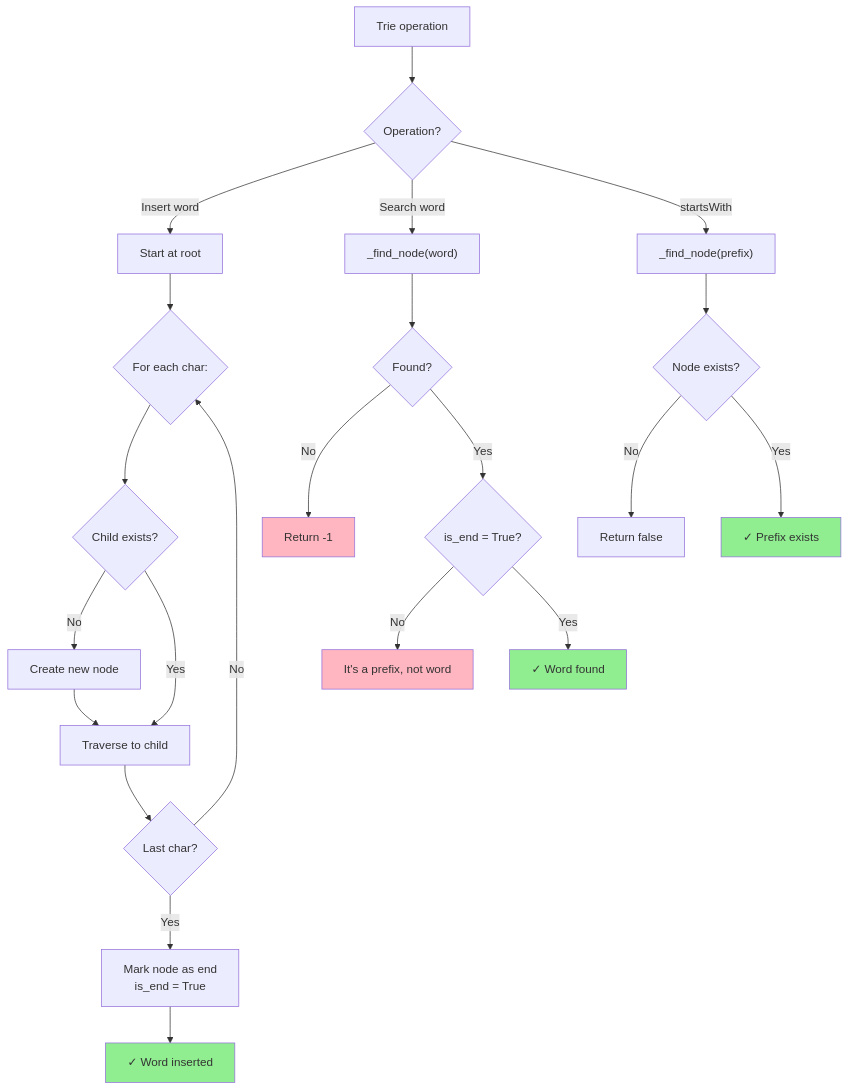
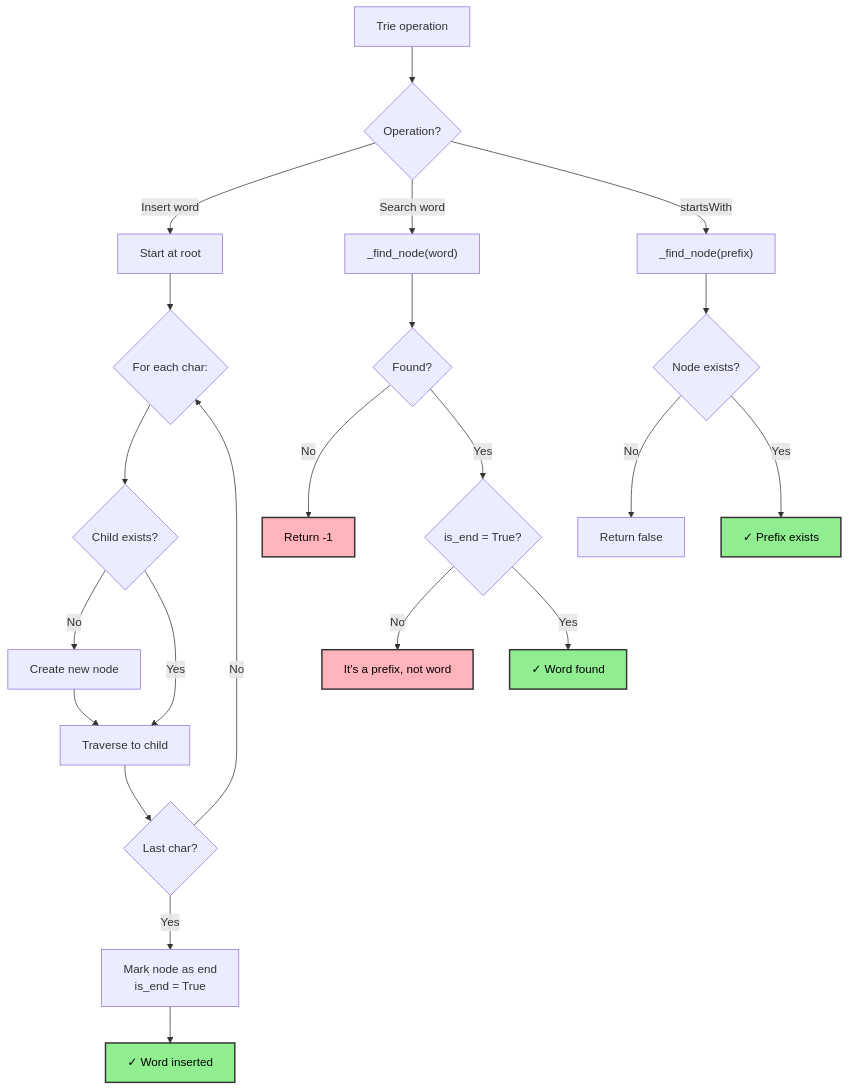
The second of 4 diagrams in docs/advanced/trie.md (souradeepta/interviewprep), drawn with Mermaid before and after one commit. The commit also changed other lines of this file and 31 other files, not shown here.

Commit message:
updated graphs

````diff
--- a/docs/advanced/trie.md
+++ b/docs/advanced/trie.md
@@ -47,33 +47,33 @@
 ```mermaid
 graph TD
     A["Trie operation"] --> B{"Operation?"}
     
     B -->|Insert word| C["Start at root"]
     C --> D{"For each char:"}
     D --> E{"Child exists?"}
     E -->|No| F["Create new node"]
     E -->|Yes| G["Traverse to child"]
     F --> G
     G --> H{"Last char?"}
     H -->|No| D
     H -->|Yes| I["Mark node as end<br/>is_end = True"]
     I --> J["✓ Word inserted"]
     
     B -->|Search word| K["_find_node(word)"]
     K --> L{"Found?"}
     L -->|No| M["Return -1"]
     L -->|Yes| N{"is_end = True?"}
     N -->|No| O["It's a prefix, not word"]
     N -->|Yes| P["✓ Word found"]
     
     B -->|startsWith| Q["_find_node(prefix)"]
     Q --> R{"Node exists?"}
     R -->|No| S["Return false"]
     R -->|Yes| T["✓ Prefix exists"]
     
-    style J fill:#90EE90
-    style P fill:#90EE90
-    style T fill:#90EE90
-    style M fill:#FFB6C1
-    style O fill:#FFB6C1
+    style J fill:#90ee90,color:#000,stroke:#333,stroke-width:2px
+    style P fill:#90ee90,color:#000,stroke:#333,stroke-width:2px
+    style T fill:#90ee90,color:#000,stroke:#333,stroke-width:2px
+    style M fill:#ffb3ba,color:#000,stroke:#333,stroke-width:2px
+    style O fill:#ffb3ba,color:#000,stroke:#333,stroke-width:2px
 ```
````
